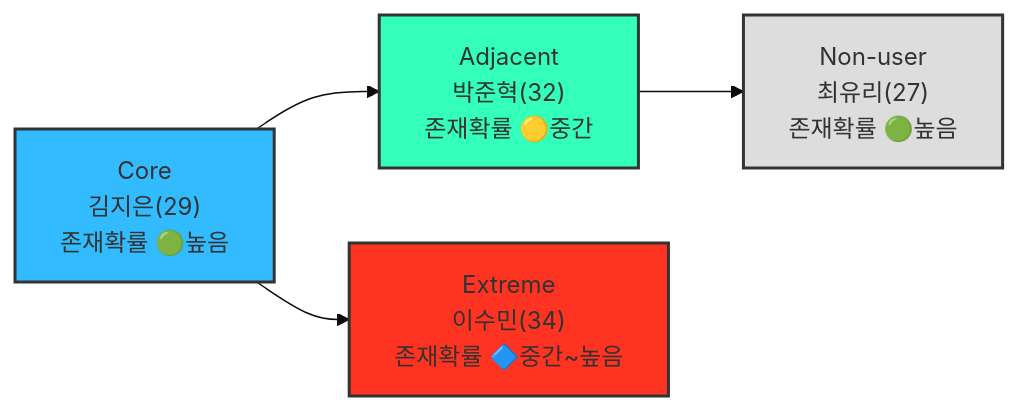
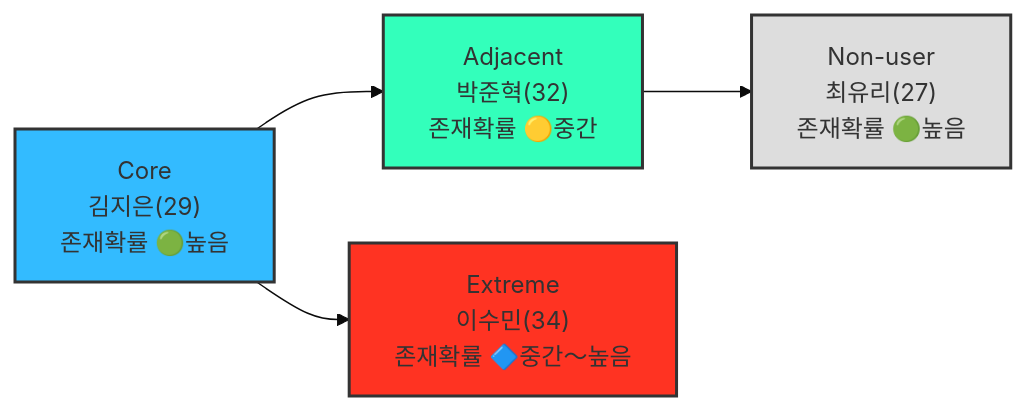
Before and after one commit to jennie-brain/idea: the second of 2 diagrams in Industry and Business Analysis/05_페르소나_고객여정지도/01_페르소나_스펙트럼.md, drawn with Mermaid (base theme). The commit also changed other lines of this file and 21 other files, not shown here.

````diff
--- a/Industry and Business Analysis/05_페르소나_고객여정지도/01_페르소나_스펙트럼.md
+++ b/Industry and Business Analysis/05_페르소나_고객여정지도/01_페르소나_스펙트럼.md
@@ -162,10 +162,10 @@
 ```mermaid
 graph LR
     A["Core<br/>김지은(29)<br/>존재확률 🟢높음"] --> B["Adjacent<br/>박준혁(32)<br/>존재확률 🟡중간"]
-    A --> C["Extreme<br/>이수민(34)<br/>존재확률 🔷중간~높음"]
+    A --> C["Extreme<br/>이수민(34)<br/>존재확률 🔷중간～높음"]
     B --> D["Non-user<br/>최유리(27)<br/>존재확률 🟢높음"]
     style A fill:#33BBFF,stroke:#333,stroke-width:2px
     style B fill:#33FFBB,stroke:#333,stroke-width:2px
     style C fill:#FF3322,stroke:#333,stroke-width:2px
     style D fill:#DDDDDD,stroke:#333,stroke-width:2px
 ```
````
